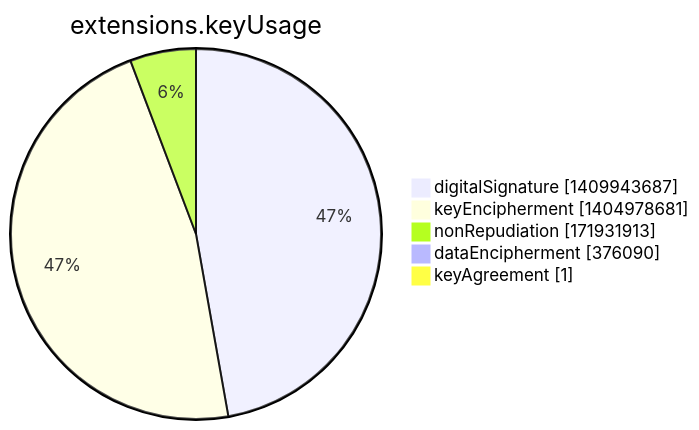
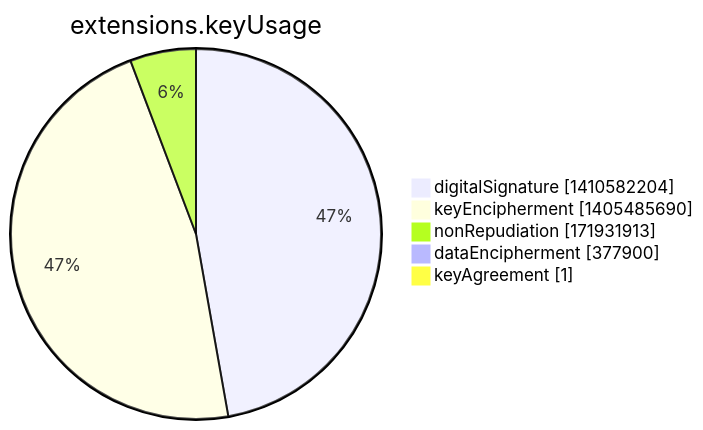
The seventh of 15 diagrams in argon2022/README.md (christiankrug/ctmonitor_visualization), drawn with Mermaid before and after one commit. The commit also changed other lines of this file, not shown here.

````diff
--- a/argon2022/README.md
+++ b/argon2022/README.md
@@ -2751,9 +2751,9 @@
 ```mermaid
 pie showData
 title extensions.keyUsage
-"digitalSignature" :1409943687
-"keyEncipherment" :1404978681
+"digitalSignature" :1410582204
+"keyEncipherment" :1405485690
 "nonRepudiation" :171931913
-"dataEncipherment" :376090
+"dataEncipherment" :377900
 "keyAgreement" :1
 ```
````
